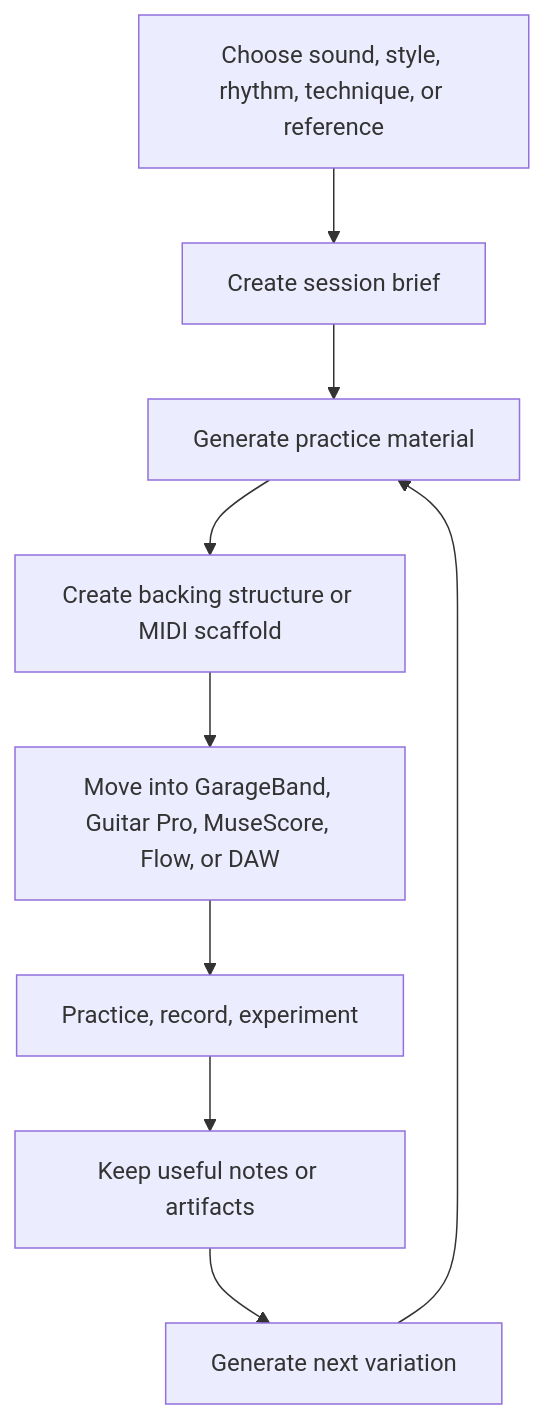
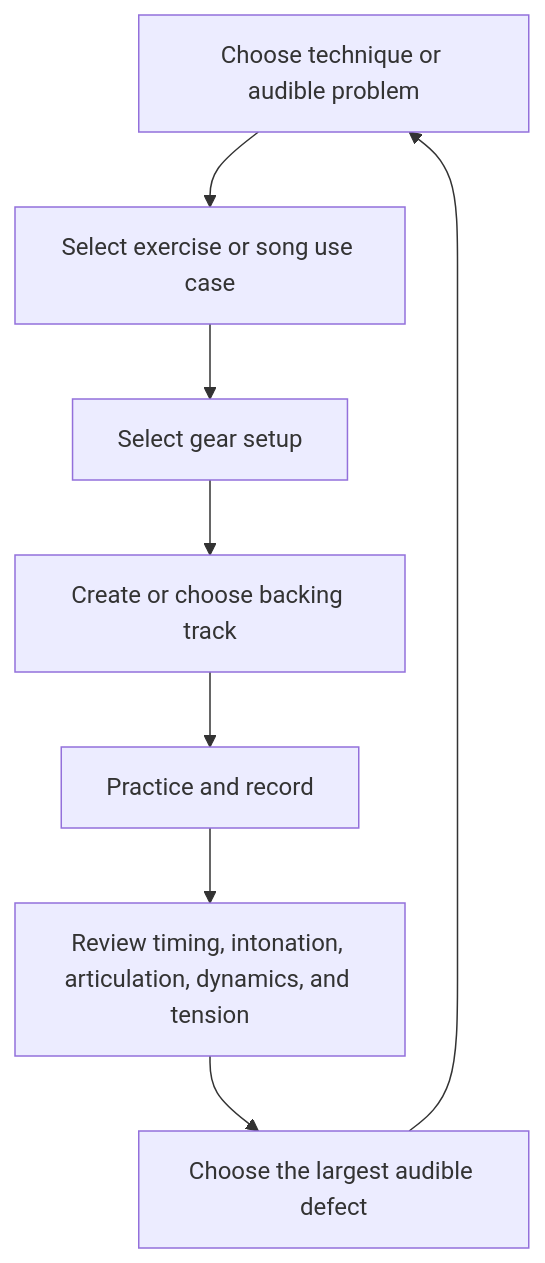
The second of 2 diagrams in README.md (ryjen/guitar-practice-system), drawn with Mermaid before and after one commit. The commit also changed other lines of this file, not shown here.

Commit message:
docs: make technique the primary practice layer

````diff
--- a/README.md
+++ b/README.md
@@ -48,11 +52,10 @@
 ```mermaid
 flowchart TD
-    A[Choose sound, style, rhythm, technique, or reference] --> B[Create session brief]
-    B --> C[Generate practice material]
-    C --> D[Create backing structure or MIDI scaffold]
-    D --> E[Move into GarageBand, Guitar Pro, MuseScore, Flow, or DAW]
-    E --> F[Practice, record, experiment]
-    F --> G[Keep useful notes or artifacts]
-    G --> H[Generate next variation]
-    H --> C
+    A[Choose technique or audible problem] --> B[Select exercise or song use case]
+    B --> C[Select gear setup]
+    C --> D[Create or choose backing track]
+    D --> E[Practice and record]
+    E --> F[Review timing, intonation, articulation, dynamics, and tension]
+    F --> G[Choose the largest audible defect]
+    G --> A
 ```
````
